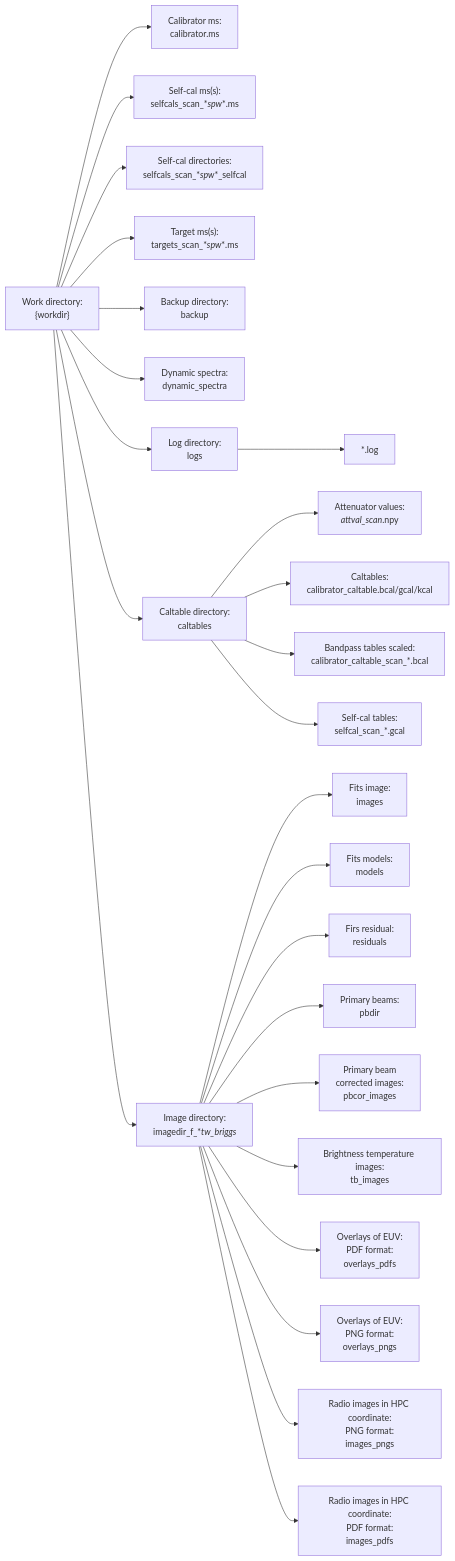
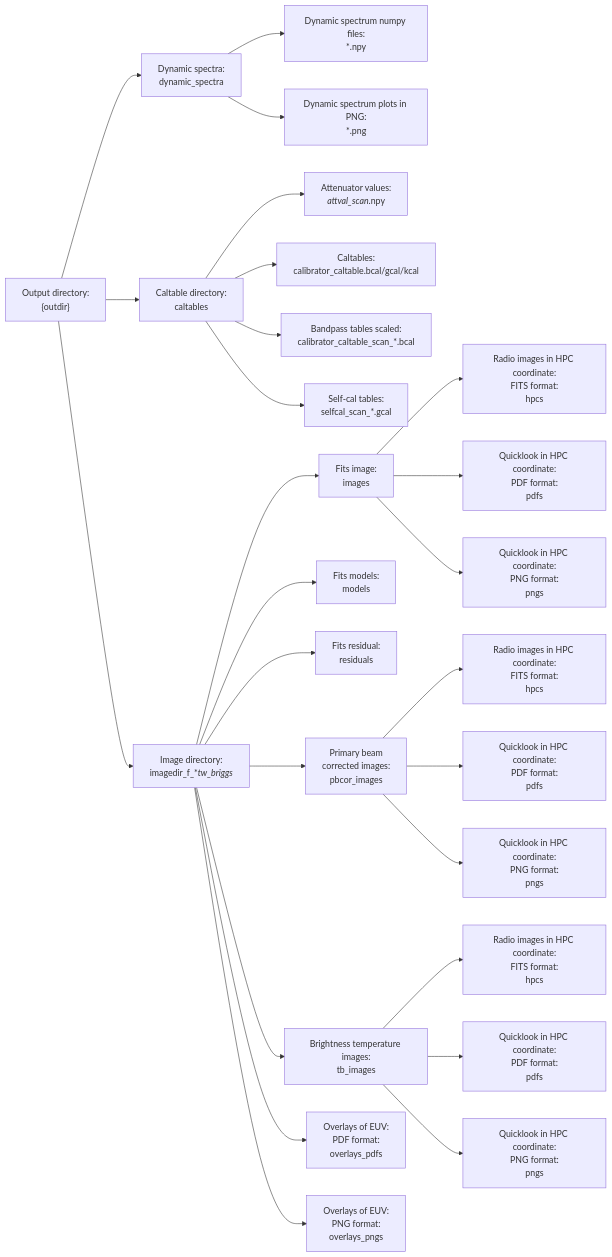
Before and after one commit to devojyoti96/MeerSOLAR: the second of 2 diagrams in docs/source/output.rst, drawn with Mermaid. The commit also changed other lines of this file and 74 other files, not shown here.

```diff
--- a/docs/source/output.rst
+++ b/docs/source/output.rst
@@ -27,29 +48,28 @@
    .. mermaid::
 
        graph LR
-           WD["Work directory:<br>{workdir}"] --> CAL["Calibrator ms:<br>calibrator.ms"]
-           WD --> SCMS["`Self-cal ms(s):<br>selfcals_scan_*_spw_*.ms`"]
-           WD --> SCDIR["`Self-cal directories:<br>selfcals_scan_*_spw_*_selfcal`"]
-           WD --> TMS["`Target ms(s):<br>targets_scan_*_spw_*.ms`"]
-           WD --> BACK["Backup directory:<br>backup"]
+           WD["Output directory:<br>{outdir}"] --> CALTABLE["Caltable directory:<br>caltables"]
            WD --> DS["`Dynamic spectra:<br>dynamic_spectra`"]
-           WD --> LOG["Log directory:<br>logs"]
-           WD --> CALTABLE["Caltable directory:<br>caltables"]
+           DS --> DSNPY["`Dynamic spectrum numpy files:<br>*.npy`"]
+           DS --> DSPNG["`Dynamic spectrum plots in PNG:<br>*.png`"]
            WD --> IMG["`Image directory:<br>imagedir_f_*_t_*_w_briggs_*`"]
-
-           LOG --> LOGF["*.log"]
            CALTABLE --> ATT["`Attenuator values:<br>*_attval_scan_*.npy`"]
            CALTABLE --> CTBL["`Caltables:<br>calibrator_caltable.bcal/gcal/kcal`"]
            CALTABLE --> BPTBL["`Bandpass tables scaled:<br>calibrator_caltable_scan_*.bcal`"]
            CALTABLE --> SCTBL["`Self-cal tables:<br>selfcal_scan_*.gcal`"]
-           
            IMG --> IMAGE["Fits image:<br>images"]
            IMG --> MODEL["Fits models:<br>models"]
-           IMG --> RES["Firs residual:<br>residuals"]
-           IMG --> PBDIR["Primary beams:<br>pbdir"]
+           IMG --> RES["Fits residual:<br>residuals"]
            IMG --> PBCOR["`Primary beam<br>corrected images:<br>pbcor_images`"]
            IMG --> TBIMG["`Brightness temperature images:<br>tb_images`"]
            IMG --> OVRPDF["Overlays of EUV:<br>PDF format:<br>overlays_pdfs"]
            IMG --> OVRPNG["Overlays of EUV:<br>PNG format:<br>overlays_pngs"]
-           IMG --> RADPNG["Radio images in HPC coordinate:<br>PNG format:<br>images_pngs"]
-           IMG --> RADPDF["Radio images in HPC coordinate:<br>PDF format:<br>images_pdfs"]
+           IMAGE --> IMAGEHPC["Radio images in HPC coordinate:<br>FITS format:<br>hpcs"]
+           PBCOR --> PBCORHPC["Radio images in HPC coordinate:<br>FITS format:<br>hpcs"]
+           TBIMG --> TBIMGHPC["Radio images in HPC coordinate:<br>FITS format:<br>hpcs"]
+           IMAGE --> IMAGEPDF["Quicklook in HPC coordinate:<br>PDF format:<br>pdfs"]
+           IMAGE --> IMAGEPNG["Quicklook in HPC coordinate:<br>PNG format:<br>pngs"]
+           PBCOR --> PBCORPDF["Quicklook in HPC coordinate:<br>PDF format:<br>pdfs"]
+           PBCOR --> PBCORPNG["Quicklook in HPC coordinate:<br>PNG format:<br>pngs"]
+           TBIMG --> TBIMGPDF["Quicklook in HPC coordinate:<br>PDF format:<br>pdfs"]
+           TBIMG --> TBIMGPNG["Quicklook in HPC coordinate:<br>PNG format:<br>pngs"]
```
